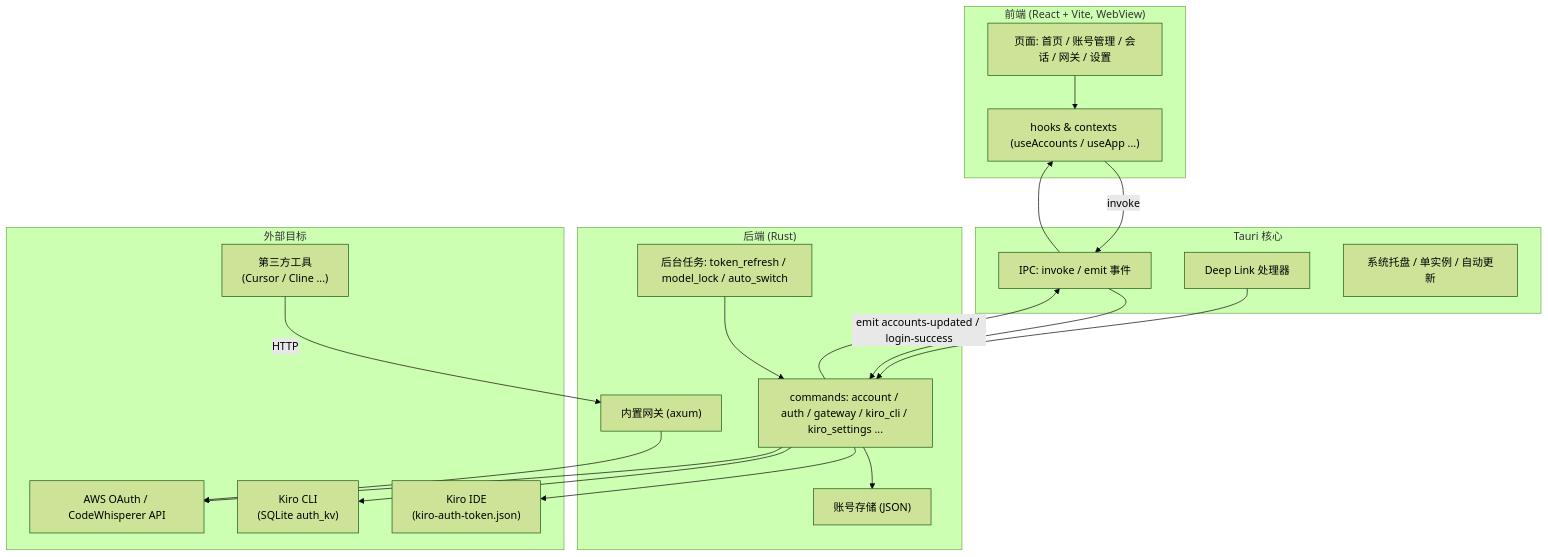
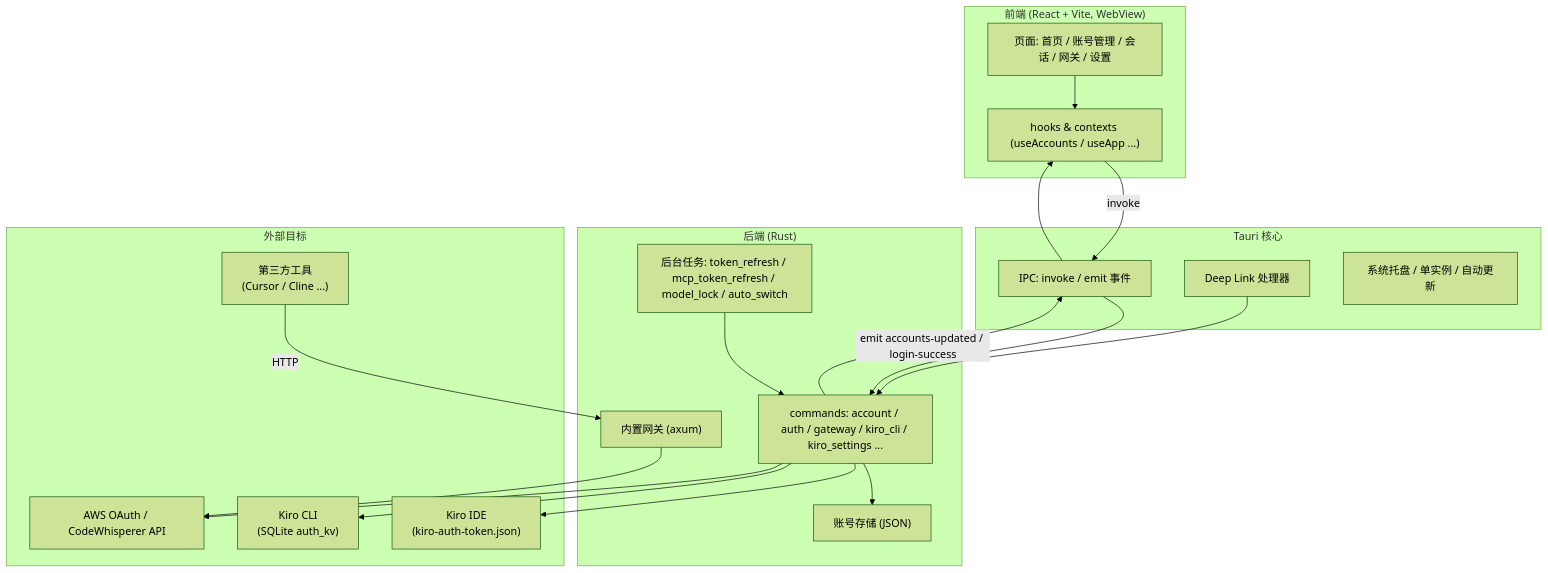
Before and after one commit to lookfeeb/KiroHub: the first of 7 diagrams in README.md, drawn with Mermaid (forest theme). The commit also changed other lines of this file and 24 other files, not shown here.

````diff
--- a/README.md
+++ b/README.md
@@ -98,38 +109,38 @@
 ```mermaid
 graph TD
     subgraph FE["前端 (React + Vite, WebView)"]
         UI["页面: 首页 / 账号管理 / 会话 / 网关 / 设置"]
         HOOKS["hooks & contexts (useAccounts / useApp ...)"]
         UI --> HOOKS
     end
 
     subgraph CORE["Tauri 核心"]
         IPC["IPC: invoke / emit 事件"]
         DL["Deep Link 处理器"]
         TRAY["系统托盘 / 单实例 / 自动更新"]
     end
 
     subgraph BE["后端 (Rust)"]
         CMD["commands: account / auth / gateway / kiro_cli / kiro_settings ..."]
-        TASKS["后台任务: token_refresh / model_lock / auto_switch"]
+        TASKS["后台任务: token_refresh / mcp_token_refresh / model_lock / auto_switch"]
         GW["内置网关 (axum)"]
         STORE["账号存储 (JSON)"]
     end
 
     subgraph EXT["外部目标"]
         IDE["Kiro IDE\n(kiro-auth-token.json)"]
         CLI["Kiro CLI\n(SQLite auth_kv)"]
         AWS["AWS OAuth / CodeWhisperer API"]
         TOOLS["第三方工具\n(Cursor / Cline ...)"]
     end
 
     HOOKS -->|invoke| IPC --> CMD
     CMD -->|emit accounts-updated / login-success| IPC --> HOOKS
     DL --> CMD
     CMD --> STORE
     CMD --> IDE
     CMD --> CLI
     CMD --> AWS
     TASKS --> CMD
     TOOLS -->|HTTP| GW --> AWS
 ```
````
